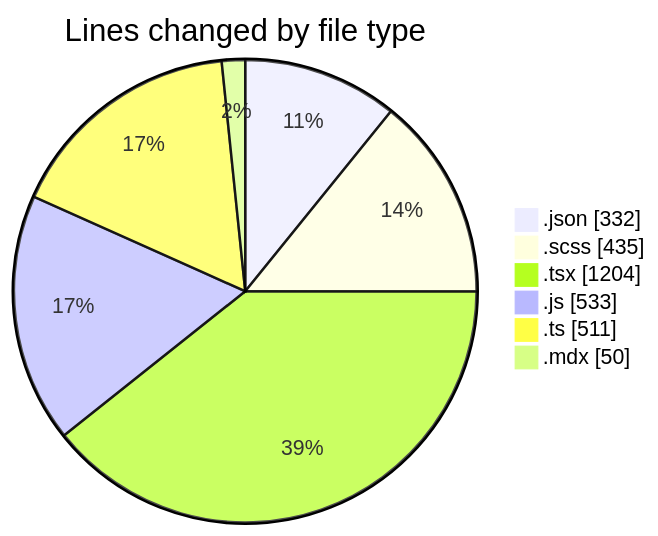
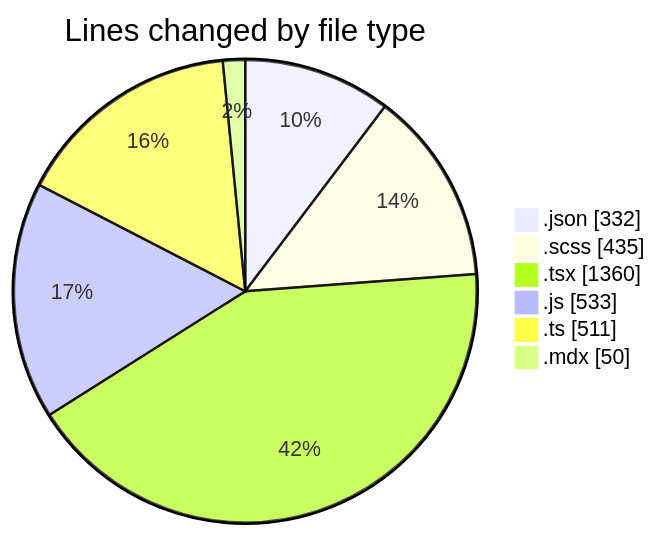
Before and after one commit to momahboobian/code-tracking: the first of 2 diagrams in 2026-04-20/cda/README.md, drawn with Mermaid. The commit also changed other lines of this file and 1 other file, not shown here.

````diff
--- a/2026-04-20/cda/README.md
+++ b/2026-04-20/cda/README.md
@@ -37,10 +38,10 @@
 ```mermaid
 pie showData
 title Lines changed by file type
 ".json" : 332
 ".scss" : 435
-".tsx" : 1204
+".tsx" : 1360
 ".js" : 533
 ".ts" : 511
 ".mdx" : 50
 ```
````
